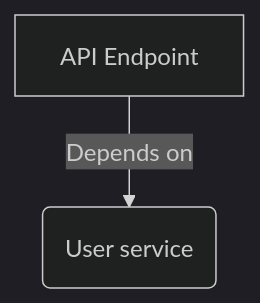
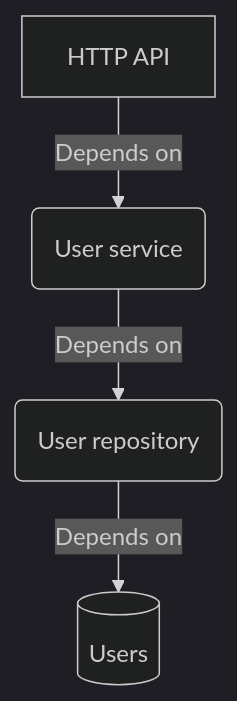
The first of 3 diagrams in _posts/2024/2024-04-07-organizing-your-code-to-minimize-the-blast-radius.md (bradwestness/bradwestness.github.io), drawn with Mermaid (dark theme) before and after one commit. The commit also changed other lines of this file, not shown here.

```diff
--- a/_posts/2024/2024-04-07-organizing-your-code-to-minimize-the-blast-radius.md
+++ b/_posts/2024/2024-04-07-organizing-your-code-to-minimize-the-blast-radius.md
@@ -10,4 +14,6 @@
 <div class="mermaid">
 flowchart TD
-    A[API Endpoint] --> |Depends on| B(User service)
+    A["HTTP API"] --> |Depends on| B(User service)
+    B --> |Depends on| C(User repository)
+    C --> |Depends on| D[(Users)]
 </div>
```
